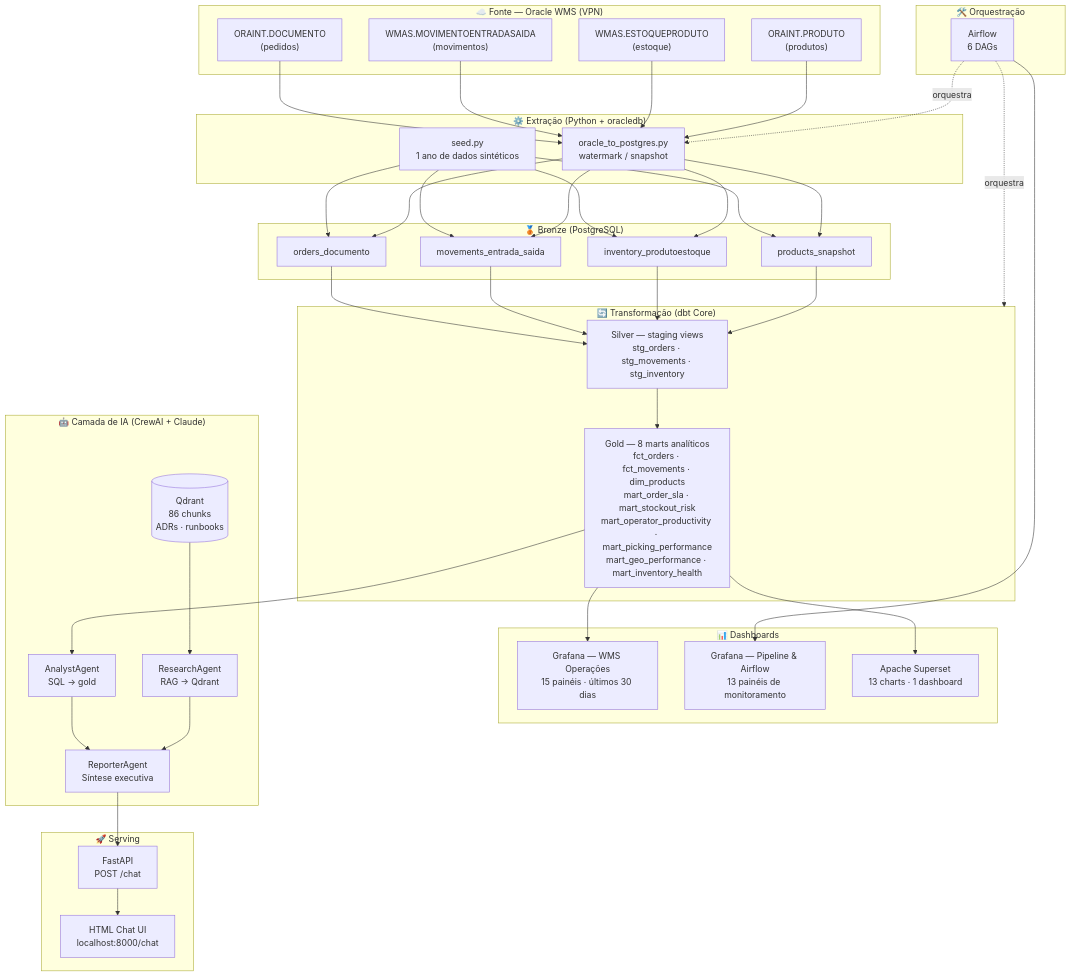
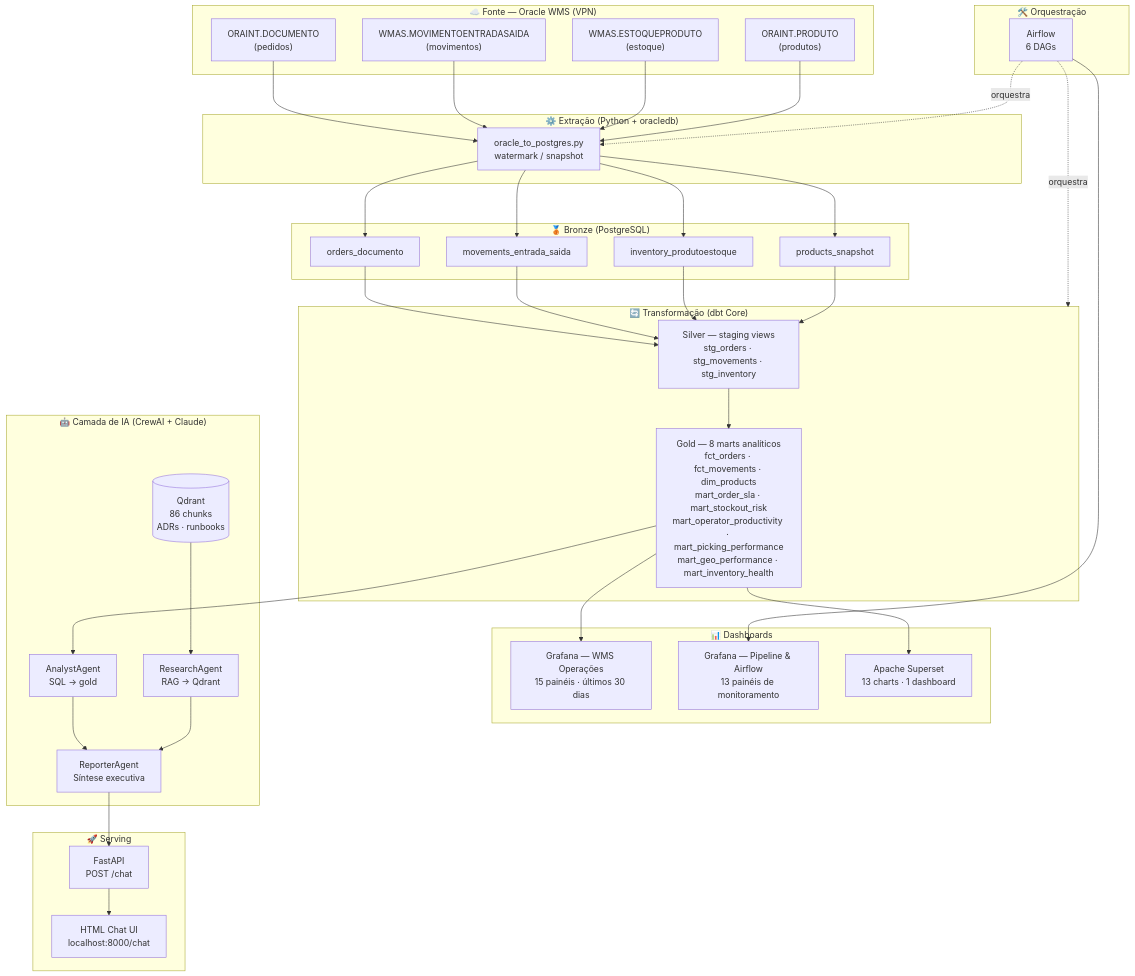
One commit to leandroslax/wms-data-platform changed the first of 2 diagrams in README.md. Above: the diagram before and after it, drawn with Mermaid. The commit also changed other lines of this file, not shown here.

Commit message:
docs: remove dados sintéticos, atualiza volumes com dados reais Oracle

````diff
--- a/README.md
+++ b/README.md
@@ -11,65 +11,63 @@
 ```mermaid
 flowchart TD
     subgraph SRC["☁️ Fonte — Oracle WMS (VPN)"]
         ORA1["ORAINT.DOCUMENTO\n(pedidos)"]
         ORA2["WMAS.MOVIMENTOENTRADASAIDA\n(movimentos)"]
         ORA3["WMAS.ESTOQUEPRODUTO\n(estoque)"]
         ORA4["ORAINT.PRODUTO\n(produtos)"]
     end
 
     subgraph EXT["⚙️ Extração (Python + oracledb)"]
         SCRIPT["oracle_to_postgres.py\nwatermark / snapshot"]
-        SEED["seed.py\n1 ano de dados sintéticos"]
     end
 
     subgraph BRONZE["🥉 Bronze (PostgreSQL)"]
         B1["orders_documento"]
         B2["movements_entrada_saida"]
         B3["inventory_produtoestoque"]
         B4["products_snapshot"]
     end
 
     subgraph DBT["🔄 Transformação (dbt Core)"]
         SILVER["Silver — staging views\nstg_orders · stg_movements · stg_inventory"]
   GOLD["Gold — 8 marts analíticos\nfct_orders · fct_movements · dim_products\nmart_order_sla · mart_stockout_risk\nmart_operator_productivity · mart_picking_performance\nmart_geo_performance · mart_inventory_health"]
     end
 
     subgraph DASH["📊 Dashboards"]
         GRAFANA_OPS["Grafana — WMS Operações\n15 painéis · últimos 30 dias"]
         GRAFANA_PIPE["Grafana — Pipeline & Airflow\n13 painéis de monitoramento"]
         SUPERSET["Apache Superset\n13 charts · 1 dashboard"]
     end
 
     subgraph AI["🤖 Camada de IA (CrewAI + Claude)"]
         AA["AnalystAgent\nSQL → gold"]
         RA["ResearchAgent\nRAG → Qdrant"]
         REP["ReporterAgent\nSíntese executiva"]
         QDRANT[("Qdrant\n86 chunks\nADRs · runbooks")]
     end
 
     subgraph SERVE["🚀 Serving"]
         API["FastAPI\nPOST /chat"]
         UI["HTML Chat UI\nlocalhost:8000/chat"]
     end
 
     subgraph OPS["🛠️ Orquestração"]
         AIRFLOW["Airflow\n6 DAGs"]
     end
 
     ORA1 & ORA2 & ORA3 & ORA4 --> SCRIPT
-    SEED --> B1 & B2 & B3 & B4
     SCRIPT --> B1 & B2 & B3 & B4
     B1 & B2 & B3 & B4 --> SILVER
     SILVER --> GOLD
     GOLD --> GRAFANA_OPS
     GOLD --> SUPERSET
     AIRFLOW --> GRAFANA_PIPE
     GOLD --> AA
     QDRANT --> RA
     AA --> REP
     RA --> REP
     REP --> API
     API --> UI
     AIRFLOW -.->|"orquestra"| SCRIPT
     AIRFLOW -.->|"orquestra"| DBT
 ```
````
